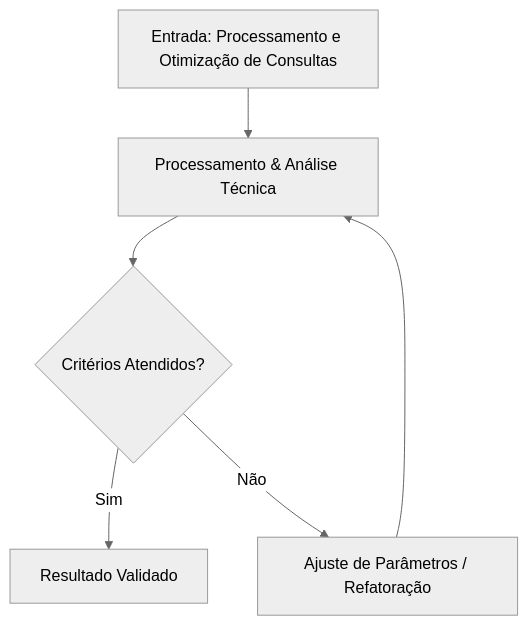
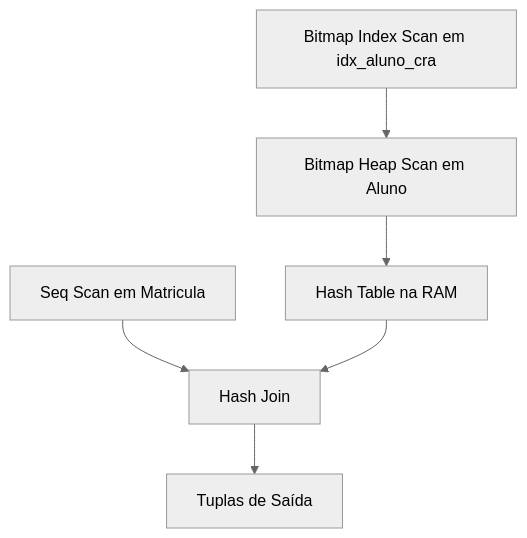
Before and after one commit to pedroiff0/page: the diagram in content/pt-br/resource/Engenharia de Computação/6-periodo/banco-de-dados/anotacoes/aula-08-processamento-e-otimizacao-de-consultas.md, drawn with Mermaid (neutral theme). The commit also changed other lines of this file and 826 other files, not shown here.

````diff
--- a/content/pt-br/resource/Engenharia de Computação/6-periodo/banco-de-dados/anotacoes/aula-08-processamento-e-otimizacao-de-consultas.md
+++ b/content/pt-br/resource/Engenharia de Computação/6-periodo/banco-de-dados/anotacoes/aula-08-processamento-e-otimizacao-de-consultas.md
@@ -74,8 +91,8 @@
 ```mermaid
 flowchart TD
-    A[Entrada: Processamento e Otimização de Consultas] --> B[Processamento & Análise Técnica]
-    B --> C{Critérios Atendidos?}
-    C -- Sim --> D[Resultado Validado]
-    C -- Não --> E[Ajuste de Parâmetros / Refatoração]
-    E --> B
+    ScanM[Seq Scan em Matricula] --> HJ[Hash Join]
+    ScanA[Bitmap Index Scan em idx_aluno_cra] --> BH[Bitmap Heap Scan em Aluno]
+    BH --> H[Hash Table na RAM]
+    H --> HJ
+    HJ --> Out[Tuplas de Saída]
 ```
````
